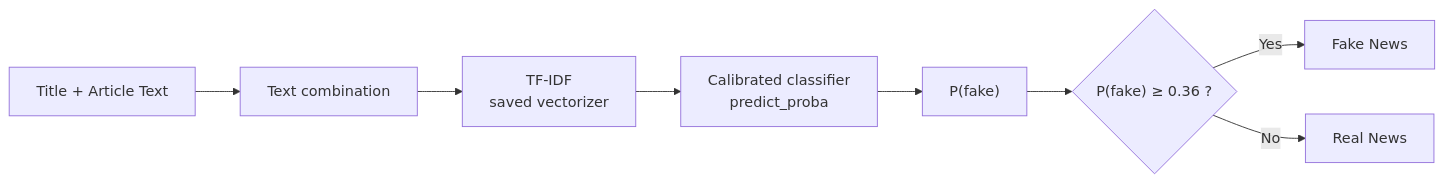
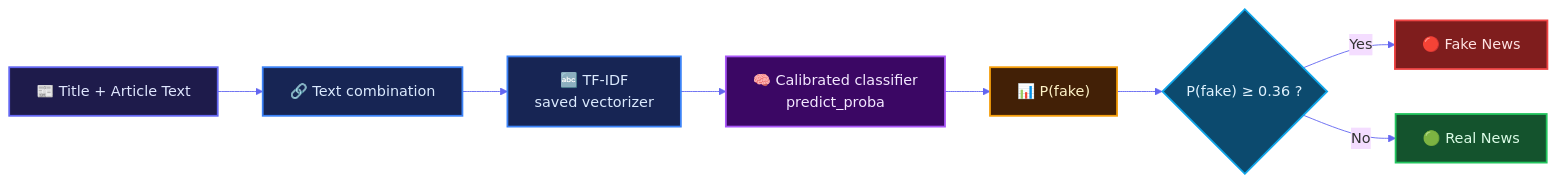
One commit to AbdelrhmanAkl/AI-Powered-Misinformation-Detection-System changed the diagram in README.md. Above: the diagram before and after it, drawn with Mermaid. The commit also changed other lines of this file, not shown here.

````diff
--- a/README.md
+++ b/README.md
@@ -120,10 +134,19 @@
 ```mermaid
+%%{init: {'theme':'base','themeVariables':{'fontFamily':'Inter, sans-serif','lineColor':'#6366f1'}}}%%
 flowchart LR
-    A["Title + Article Text"] --> B["Text combination"]
-    B --> C["TF-IDF<br/>saved vectorizer"]
-    C --> D["Calibrated classifier<br/>predict_proba"]
-    D --> E["P(fake)"]
-    E --> F{"P(fake) ≥ 0.36 ?"}
-    F -- Yes --> G["Fake News"]
-    F -- No --> H["Real News"]
+    A["📰 Title + Article Text"]:::input --> B["🔗 Text combination"]:::step
+    B --> C["🔤 TF-IDF<br/>saved vectorizer"]:::step
+    C --> D["🧠 Calibrated classifier<br/>predict_proba"]:::model
+    D --> E["📊 P(fake)"]:::score
+    E --> F{"P(fake) ≥ 0.36 ?"}:::decision
+    F -- Yes --> G["🔴 Fake News"]:::fake
+    F -- No --> H["🟢 Real News"]:::real
+
+    classDef input fill:#1e1b4b,stroke:#6366f1,color:#e0e7ff,stroke-width:2px
+    classDef step fill:#172554,stroke:#3b82f6,color:#dbeafe,stroke-width:2px
+    classDef model fill:#3b0764,stroke:#a855f7,color:#f3e8ff,stroke-width:2px
+    classDef score fill:#422006,stroke:#f59e0b,color:#fef3c7,stroke-width:2px
+    classDef decision fill:#0c4a6e,stroke:#0ea5e9,color:#e0f2fe,stroke-width:2px
+    classDef fake fill:#7f1d1d,stroke:#ef4444,color:#fee2e2,stroke-width:2px
+    classDef real fill:#14532d,stroke:#22c55e,color:#dcfce7,stroke-width:2px
 ```
````
